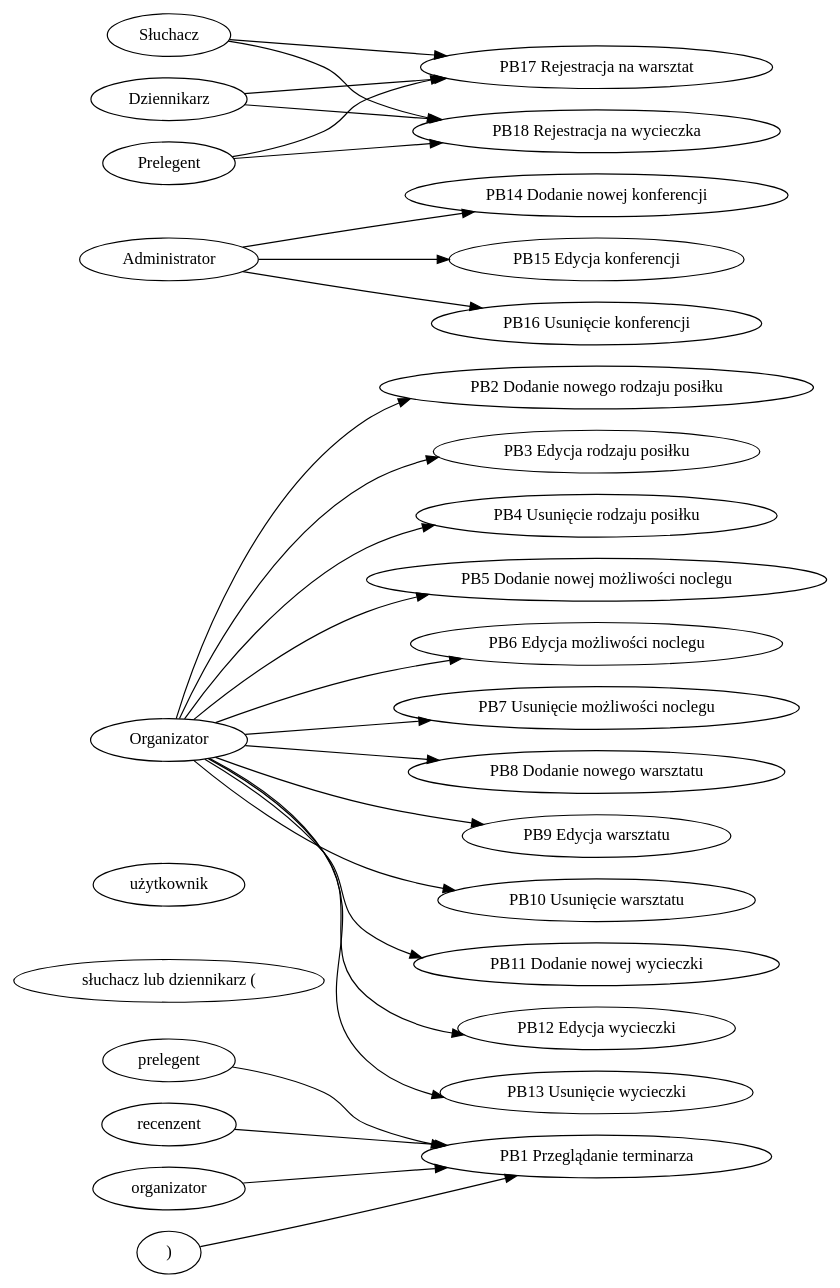
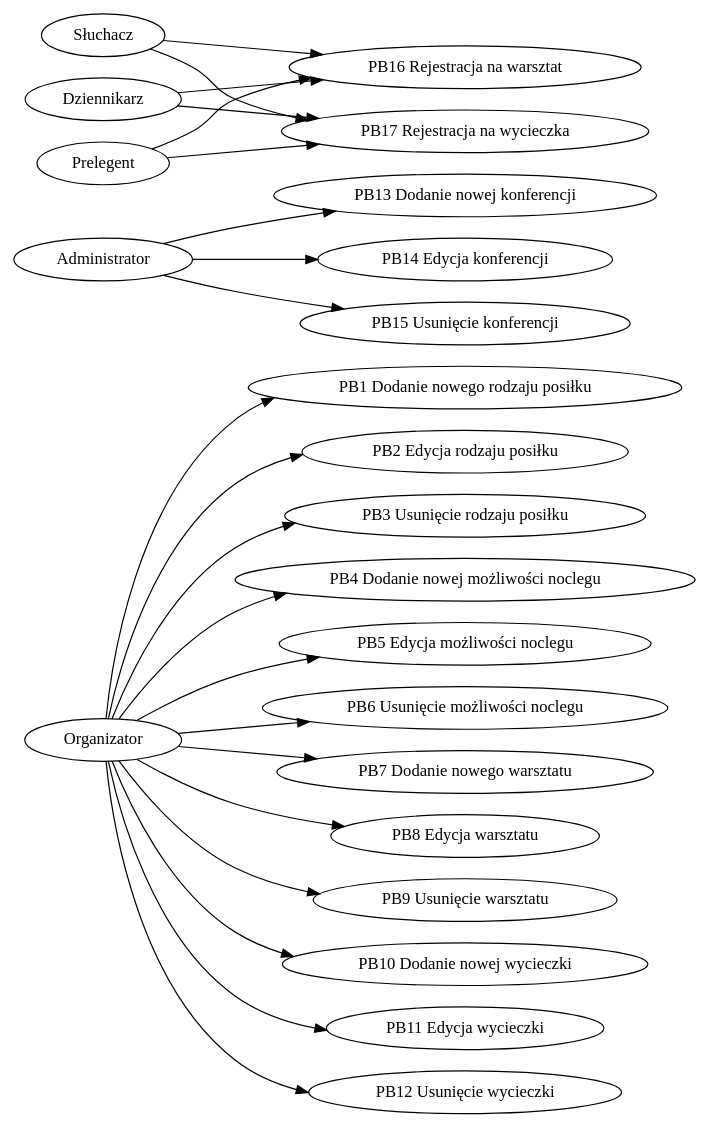
The diagram in przypadki.dot (zyla/iop_konferencja), drawn with Graphviz before and after one commit. The commit also changed 4 other files, not shown here.

```diff
--- a/przypadki.dot
+++ b/przypadki.dot
@@ -1,26 +1,22 @@
-digraph { rankdir=LR; "prelegent" -> "PB1 Przeglądanie terminarza"
-"recenzent" -> "PB1 Przeglądanie terminarza"
-"organizator" -> "PB1 Przeglądanie terminarza"
-"słuchacz lub dziennikarz ("użytkownik")" -> "PB1 Przeglądanie terminarza"
-"Organizator" -> "PB2 Dodanie nowego rodzaju posiłku"
-"Organizator" -> "PB3 Edycja rodzaju posiłku"
-"Organizator" -> "PB4 Usunięcie rodzaju posiłku"
-"Organizator" -> "PB5 Dodanie nowej możliwości noclegu"
-"Organizator" -> "PB6 Edycja możliwości noclegu"
-"Organizator" -> "PB7 Usunięcie możliwości noclegu"
-"Organizator" -> "PB8 Dodanie nowego warsztatu"
-"Organizator" -> "PB9 Edycja warsztatu"
-"Organizator" -> "PB10 Usunięcie warsztatu"
-"Organizator" -> "PB11 Dodanie nowej wycieczki"
-"Organizator" -> "PB12 Edycja wycieczki"
-"Organizator" -> "PB13 Usunięcie wycieczki"
-"Administrator" -> "PB14 Dodanie nowej konferencji"
-"Administrator" -> "PB15 Edycja konferencji"
-"Administrator" -> "PB16 Usunięcie konferencji"
-"Słuchacz" -> "PB17 Rejestracja na warsztat"
-"Dziennikarz" -> "PB17 Rejestracja na warsztat"
-"Prelegent" -> "PB17 Rejestracja na warsztat"
-"Słuchacz" -> "PB18 Rejestracja na wycieczka"
-"Dziennikarz" -> "PB18 Rejestracja na wycieczka"
-"Prelegent" -> "PB18 Rejestracja na wycieczka"
+digraph { rankdir=LR; "Organizator" -> "PB1 Dodanie nowego rodzaju posiłku"
+"Organizator" -> "PB2 Edycja rodzaju posiłku"
+"Organizator" -> "PB3 Usunięcie rodzaju posiłku"
+"Organizator" -> "PB4 Dodanie nowej możliwości noclegu"
+"Organizator" -> "PB5 Edycja możliwości noclegu"
+"Organizator" -> "PB6 Usunięcie możliwości noclegu"
+"Organizator" -> "PB7 Dodanie nowego warsztatu"
+"Organizator" -> "PB8 Edycja warsztatu"
+"Organizator" -> "PB9 Usunięcie warsztatu"
+"Organizator" -> "PB10 Dodanie nowej wycieczki"
+"Organizator" -> "PB11 Edycja wycieczki"
+"Organizator" -> "PB12 Usunięcie wycieczki"
+"Administrator" -> "PB13 Dodanie nowej konferencji"
+"Administrator" -> "PB14 Edycja konferencji"
+"Administrator" -> "PB15 Usunięcie konferencji"
+"Słuchacz" -> "PB16 Rejestracja na warsztat"
+"Dziennikarz" -> "PB16 Rejestracja na warsztat"
+"Prelegent" -> "PB16 Rejestracja na warsztat"
+"Słuchacz" -> "PB17 Rejestracja na wycieczka"
+"Dziennikarz" -> "PB17 Rejestracja na wycieczka"
+"Prelegent" -> "PB17 Rejestracja na wycieczka"
  }
```
